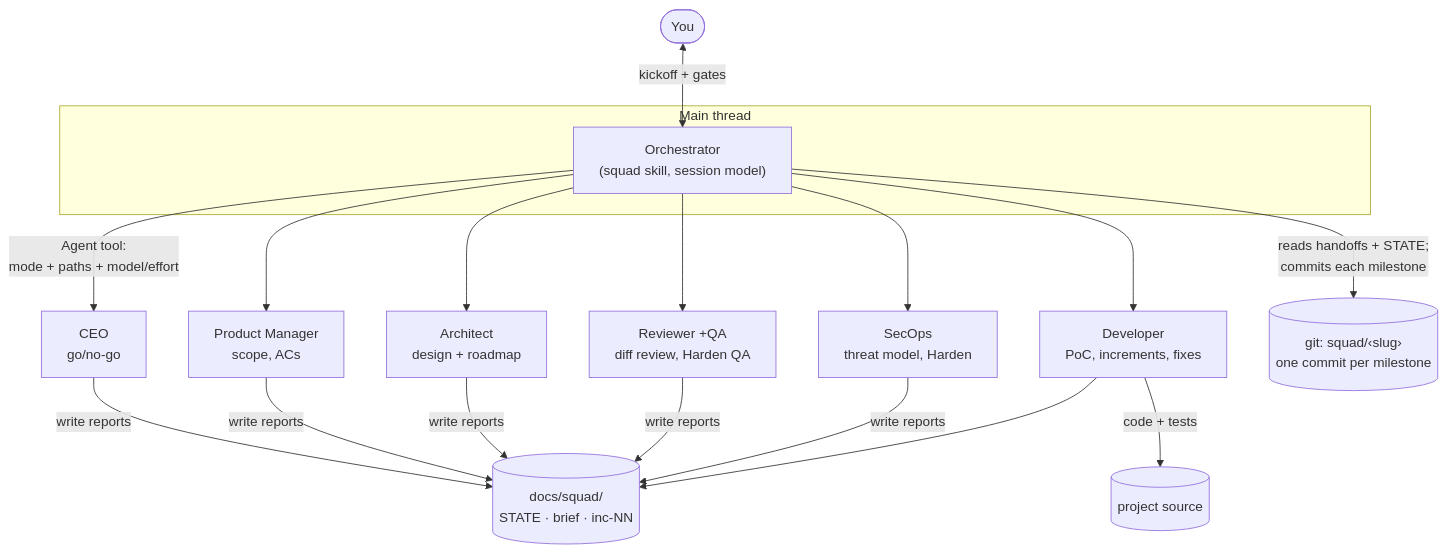
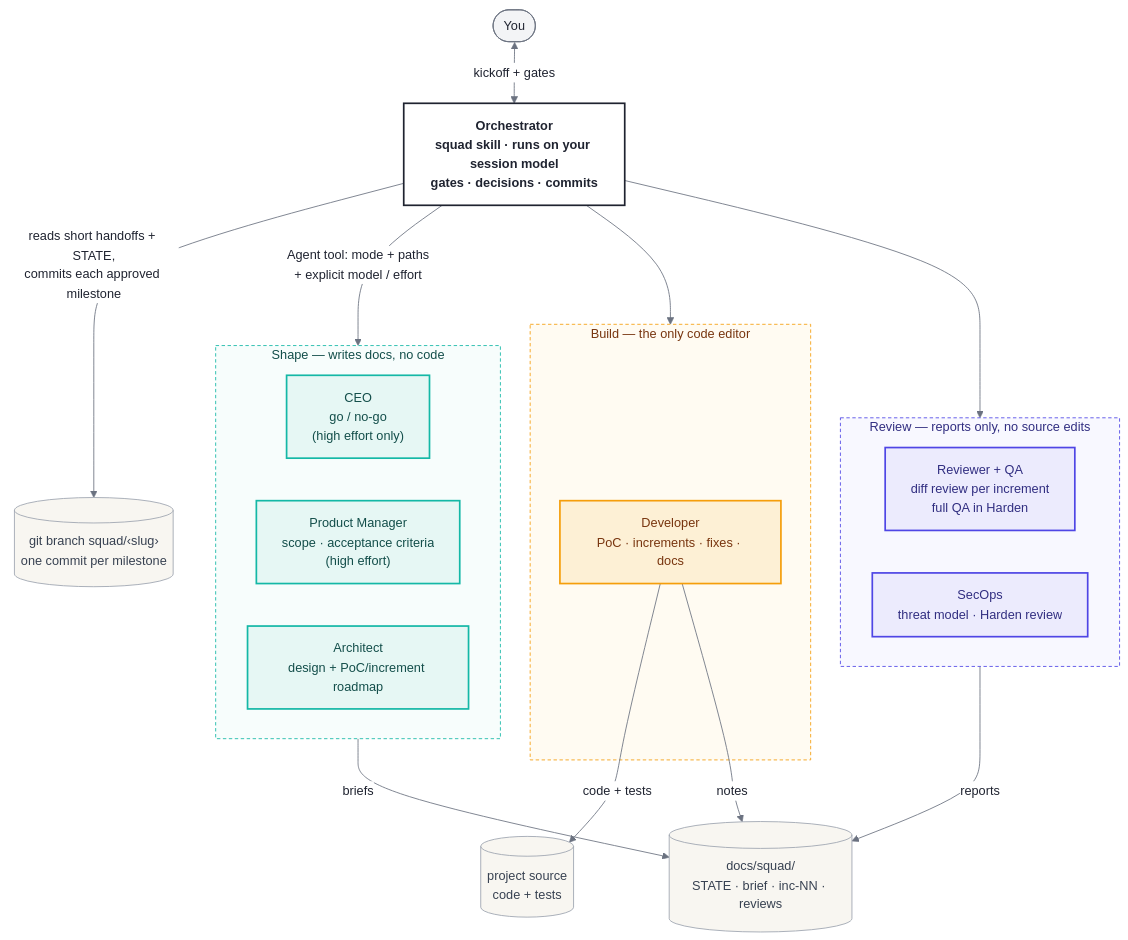
Before and after one commit to orhund8z/dotclaude: the second of 3 diagrams in plugins/squad/skills/squad/README.md, drawn with Mermaid. The commit also changed other lines of this file, not shown here.

First line of the commit message:
docs(squad): style the README Mermaid diagrams

````diff
--- a/plugins/squad/skills/squad/README.md
+++ b/plugins/squad/skills/squad/README.md
@@ -87,17 +100,44 @@
 ```mermaid
+%%{init: {'theme': 'base', 'themeVariables': {'fontFamily': 'Inter, Segoe UI, Helvetica, Arial, sans-serif', 'fontSize': '15px', 'primaryColor': '#ffffff', 'primaryBorderColor': '#9ca3af', 'primaryTextColor': '#1f2330', 'lineColor': '#6b7280', 'edgeLabelBackground': '#ffffff'}}}%%
 flowchart TB
-    U([You]) <-- "kickoff + gates" --> O
-    subgraph Main thread
-        O["Orchestrator<br/>(squad skill, session model)"]
+    U([You]):::io
+    O["<b>Orchestrator</b><br/>squad skill · runs on your session model<br/>gates · decisions · commits"]:::gate
+
+    subgraph shapeTeam [Shape — writes docs, no code]
+        direction LR
+        CEO["CEO<br/>go / no-go<br/>(high effort only)"]:::shape
+        PM["Product Manager<br/>scope · acceptance criteria<br/>(high effort)"]:::shape
+        AR["Architect<br/>design + PoC/increment roadmap"]:::shape
     end
-    O -- "Agent tool:<br/>mode + paths + model/effort" --> CEO["CEO<br/>go/no-go"]
-    O --> PM["Product Manager<br/>scope, ACs"]
-    O --> AR["Architect<br/>design + roadmap"]
-    O --> DEV["Developer<br/>PoC, increments, fixes"]
-    O --> REV["Reviewer +QA<br/>diff review, Harden QA"]
-    O --> SEC["SecOps<br/>threat model, Harden"]
-    CEO & PM & AR & REV & SEC -- "write reports" --> D[("docs/squad/<br/>STATE · brief · inc-NN")]
-    DEV -- "code + tests" --> C[("project source")]
-    DEV --> D
-    O -- "reads handoffs + STATE;<br/>commits each milestone" --> G[("git: squad/‹slug›<br/>one commit per milestone")]
+    subgraph buildTeam [Build — the only code editor]
+        DEV["Developer<br/>PoC · increments · fixes · docs"]:::build
+    end
+    subgraph reviewTeam [Review — reports only, no source edits]
+        direction LR
+        REV["Reviewer + QA<br/>diff review per increment<br/>full QA in Harden"]:::review
+        SEC["SecOps<br/>threat model · Harden review"]:::review
+    end
+
+    D[("docs/squad/<br/>STATE · brief · inc-NN · reviews")]:::store
+    C[("project source<br/>code + tests")]:::store
+    G[("git branch squad/‹slug›<br/>one commit per milestone")]:::store
+
+    U <-- "kickoff + gates" --> O
+    O -- "Agent tool: mode + paths<br/>+ explicit model / effort" --> shapeTeam
+    O --> buildTeam
+    O --> reviewTeam
+    shapeTeam -- briefs --> D
+    reviewTeam -- reports --> D
+    DEV -- "code + tests" --> C
+    DEV -- notes --> D
+    O -- "reads short handoffs + STATE,<br/>commits each approved milestone" --> G
+    classDef io fill:#f3f4f6,stroke:#6b7280,color:#1f2330
+    classDef shape fill:#e6f7f4,stroke:#14b8a6,stroke-width:2px,color:#134e4a
+    classDef build fill:#fdf0d5,stroke:#f59e0b,stroke-width:2px,color:#78350f
+    classDef review fill:#ecebfd,stroke:#4f46e5,stroke-width:2px,color:#312e81
+    classDef gate fill:#ffffff,stroke:#1f2330,stroke-width:2px,color:#1f2330,font-weight:bold
+    classDef store fill:#f8f6f1,stroke:#9ca3af,color:#374151
+    style shapeTeam fill:#f7fdfc,stroke:#14b8a6,stroke-dasharray:4 3,color:#134e4a
+    style buildTeam fill:#fffbf2,stroke:#f59e0b,stroke-dasharray:4 3,color:#78350f
+    style reviewTeam fill:#f8f8ff,stroke:#4f46e5,stroke-dasharray:4 3,color:#312e81
 ```
````
